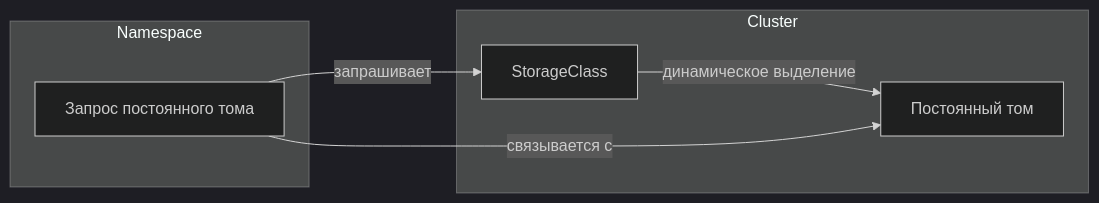
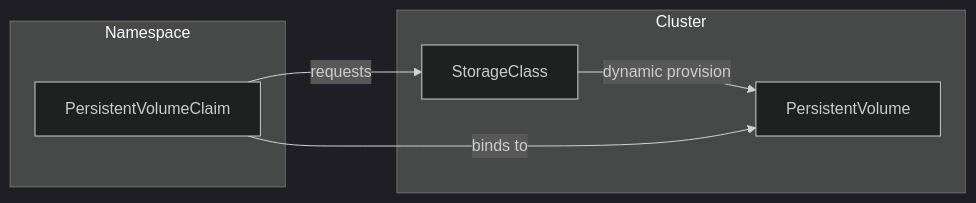
Before and after one commit to alauda/acp-docs: the diagram in docs/ru/configure/storage/concepts/key_concepts.mdx, drawn with Mermaid (dark theme). The commit also changed other lines of this file and 143 other files, not shown here.

````diff
--- a/docs/ru/configure/storage/concepts/key_concepts.mdx
+++ b/docs/ru/configure/storage/concepts/key_concepts.mdx
@@ -71,13 +21,13 @@
 ```mermaid
 flowchart LR
     subgraph Namespace
-        pvc[Запрос постоянного тома]
+        pvc[PersistentVolumeClaim]
     end
     subgraph Cluster
-        pv[Постоянный том]
+        pv[PersistentVolume]
         sc[StorageClass]
     end
-    pvc -- запрашивает --> sc
-    sc -- динамическое выделение --> pv
-    pvc -- связывается с --> pv
+    pvc -- requests --> sc
+    sc -- dynamic provision --> pv
+    pvc -- binds to --> pv
 ```
````
